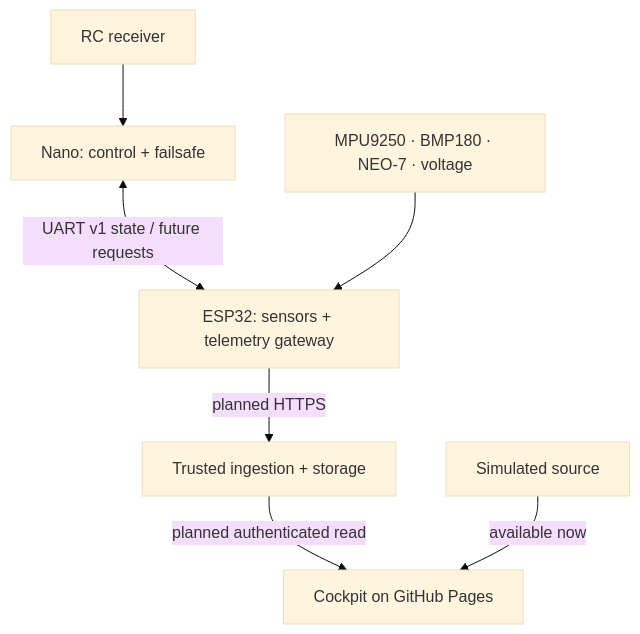
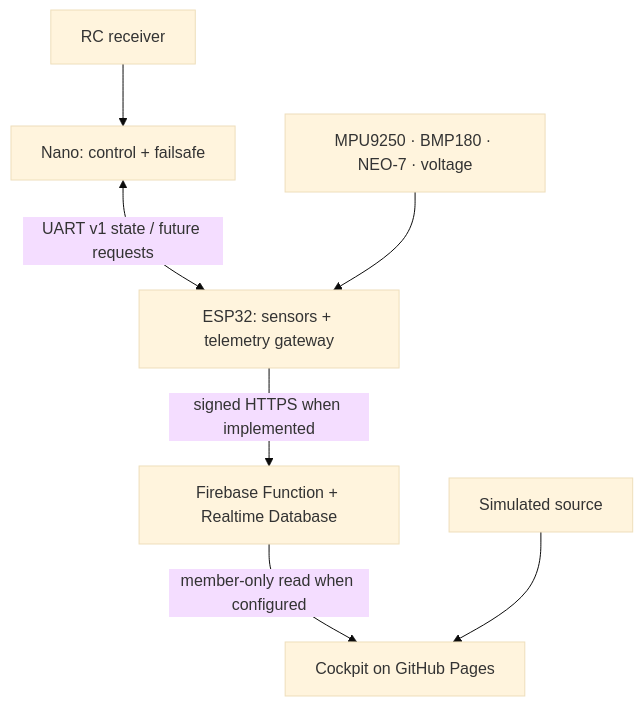
One commit to Turkson225/flight-command-center changed the diagram in docs/architecture.md. Above: the diagram before and after it, drawn with Mermaid (base theme). The commit also changed other lines of this file and 28 other files, not shown here.

Commit message:
Add Firebase authenticated telemetry and trusted ingestion

````diff
--- a/docs/architecture.md
+++ b/docs/architecture.md
@@ -7,9 +7,9 @@
 ```mermaid
 flowchart TB
   R["RC receiver"] --> N["Nano: control + failsafe"]
   N <-->|"UART v1 state / future requests"| E["ESP32: sensors + telemetry gateway"]
   S["MPU9250 · BMP180 · NEO-7 · voltage"] --> E
-  E -->|"planned HTTPS"| B["Trusted ingestion + storage"]
-  B -->|"planned authenticated read"| U["Cockpit on GitHub Pages"]
-  M["Simulated source"] -->|"available now"| U
+  E -->|"signed HTTPS when implemented"| B["Firebase Function + Realtime Database"]
+  B -->|"member-only read when configured"| U["Cockpit on GitHub Pages"]
+  M["Simulated source"] --> U
 ```
````
